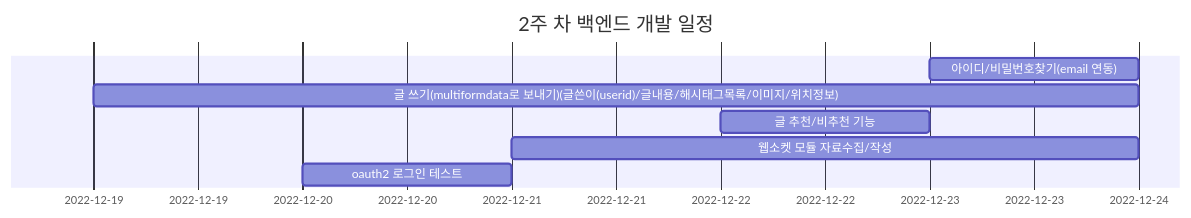
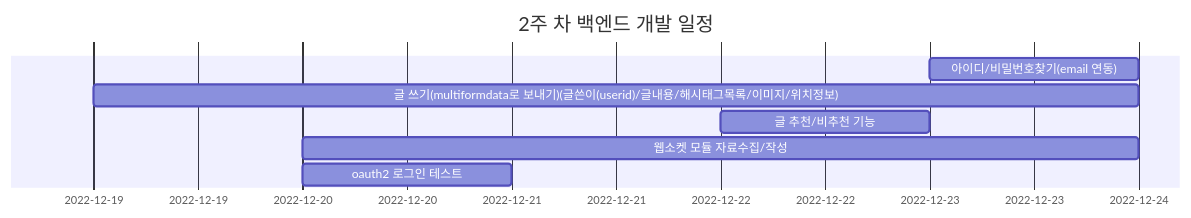
One commit to TEAM-ACO/.github changed the first of 2 diagrams in profile/README.md. Above: the diagram before and after it, drawn with Mermaid.

````diff
--- a/profile/README.md
+++ b/profile/README.md
@@ -1,11 +1,11 @@
 ```mermaid
 gantt
     title 2주 차 백엔드 개발 일정
     dateFormat  YYYY-MM-DD
     
     아이디/비밀번호찾기(email 연동)           :a1,  2022-12-23, 1d
     글 쓰기(multiformdata로 보내기)(글쓴이(userid)/글내용/해시태그목록/이미지/위치정보) : a1, 2022-12-19, 5d
     글 추천/비추천 기능 : a1, 2022-12-22, 1d
-    웹소켓 모듈 자료수집/작성: a1, 2022-12-21, 3d
+    웹소켓 모듈 자료수집/작성: a1, 2022-12-20, 4d
     oauth2 로그인 테스트 :a1, 2022-12-20, 1d
 ```    
````
